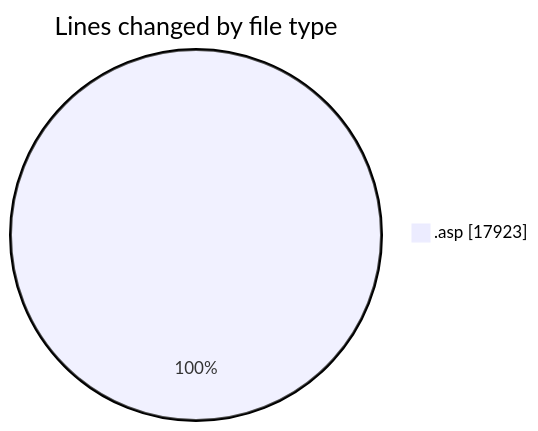
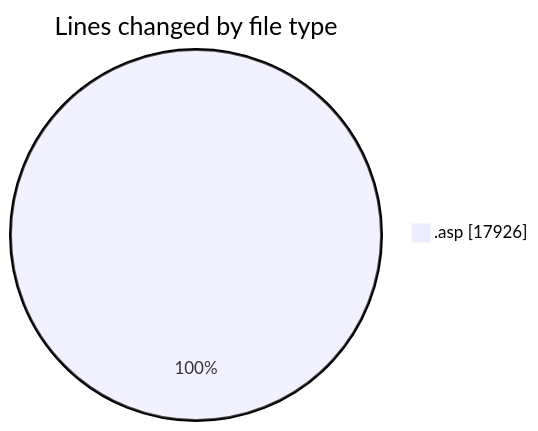
Before and after one commit to julien-gomy/code-tracking: the first of 2 diagrams in 2025-11-01/cdp_aleoudev_fr__workspace_/README.md, drawn with Mermaid. The commit also changed other lines of this file and 1 other file, not shown here.

````diff
--- a/2025-11-01/cdp_aleoudev_fr__workspace_/README.md
+++ b/2025-11-01/cdp_aleoudev_fr__workspace_/README.md
@@ -25,5 +25,5 @@
 ```mermaid
 pie showData
 title Lines changed by file type
-".asp" : 17923
+".asp" : 17926
 ```
````
